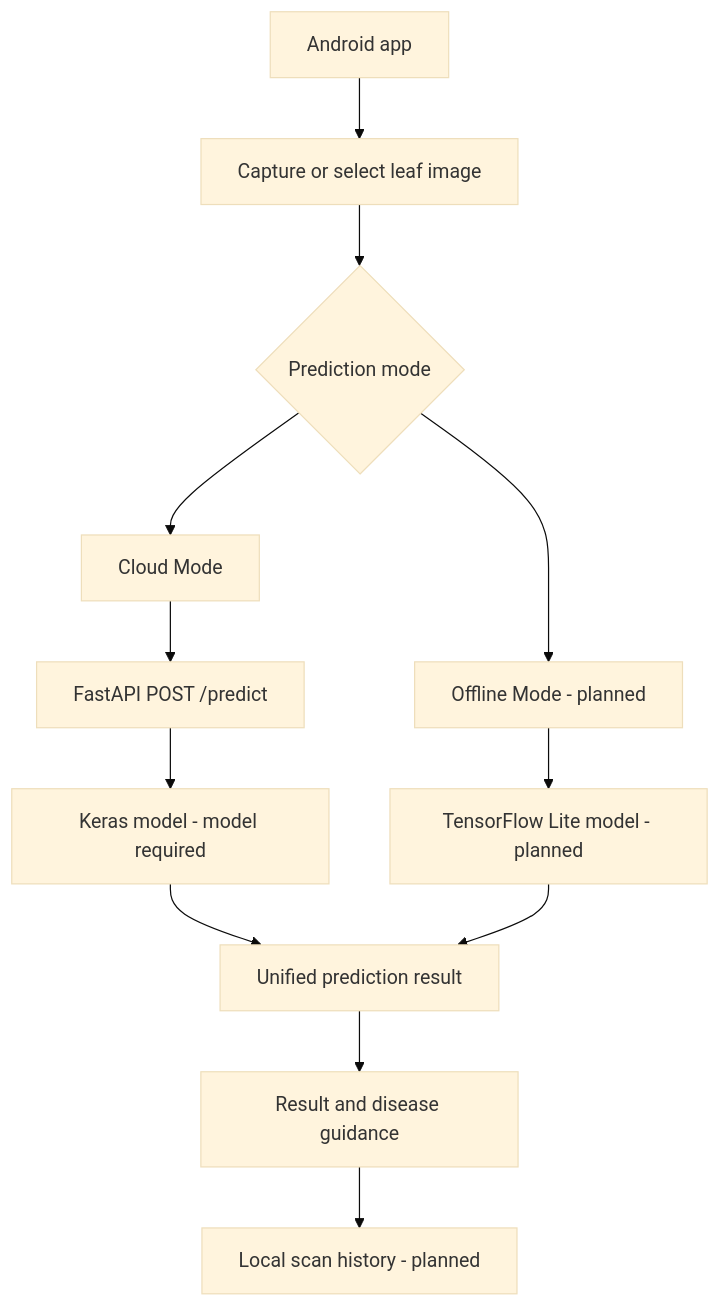
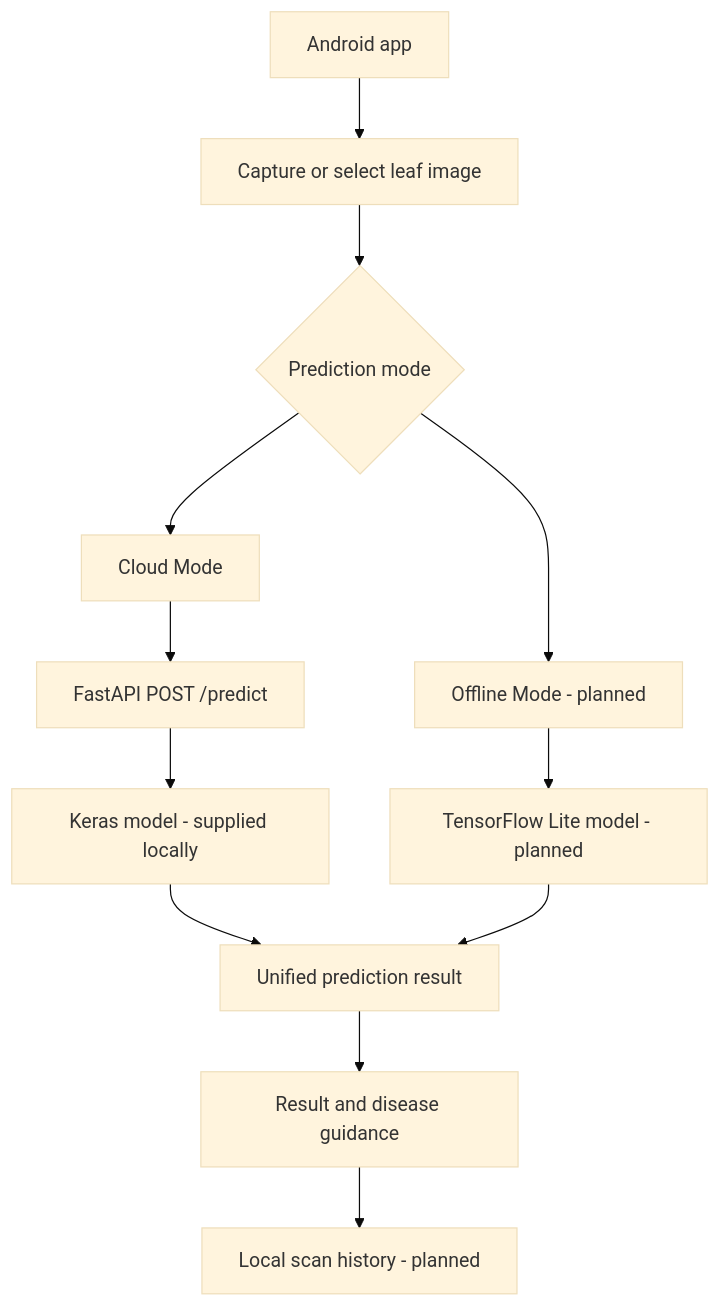
One commit to M-F-Tushar/Cropora changed the diagram in README.md. Above: the diagram before and after it, drawn with Mermaid (base theme). The commit also changed other lines of this file and 14 other files, not shown here.

````diff
--- a/README.md
+++ b/README.md
@@ -56,14 +57,14 @@
 ```mermaid
 flowchart TD
     A[Android app] --> B[Capture or select leaf image]
     B --> C{Prediction mode}
     C --> D[Cloud Mode]
     C --> E[Offline Mode - planned]
     D --> F[FastAPI POST /predict]
-    F --> G[Keras model - model required]
+    F --> G[Keras model - supplied locally]
     E --> H[TensorFlow Lite model - planned]
     G --> I[Unified prediction result]
     H --> I
     I --> J[Result and disease guidance]
     J --> K[Local scan history - planned]
 ```
````
